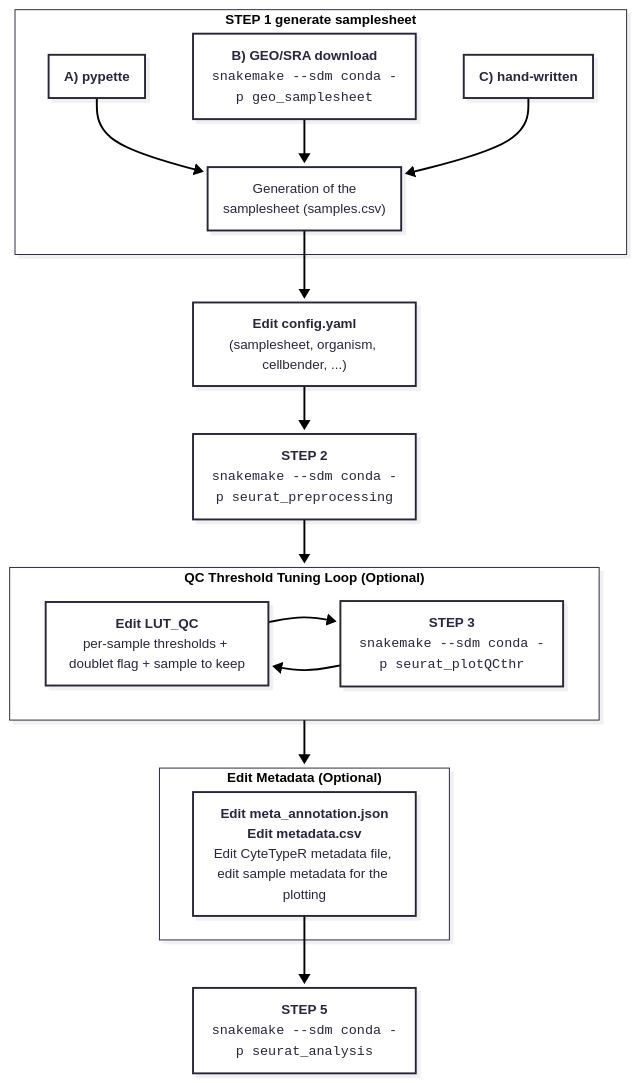
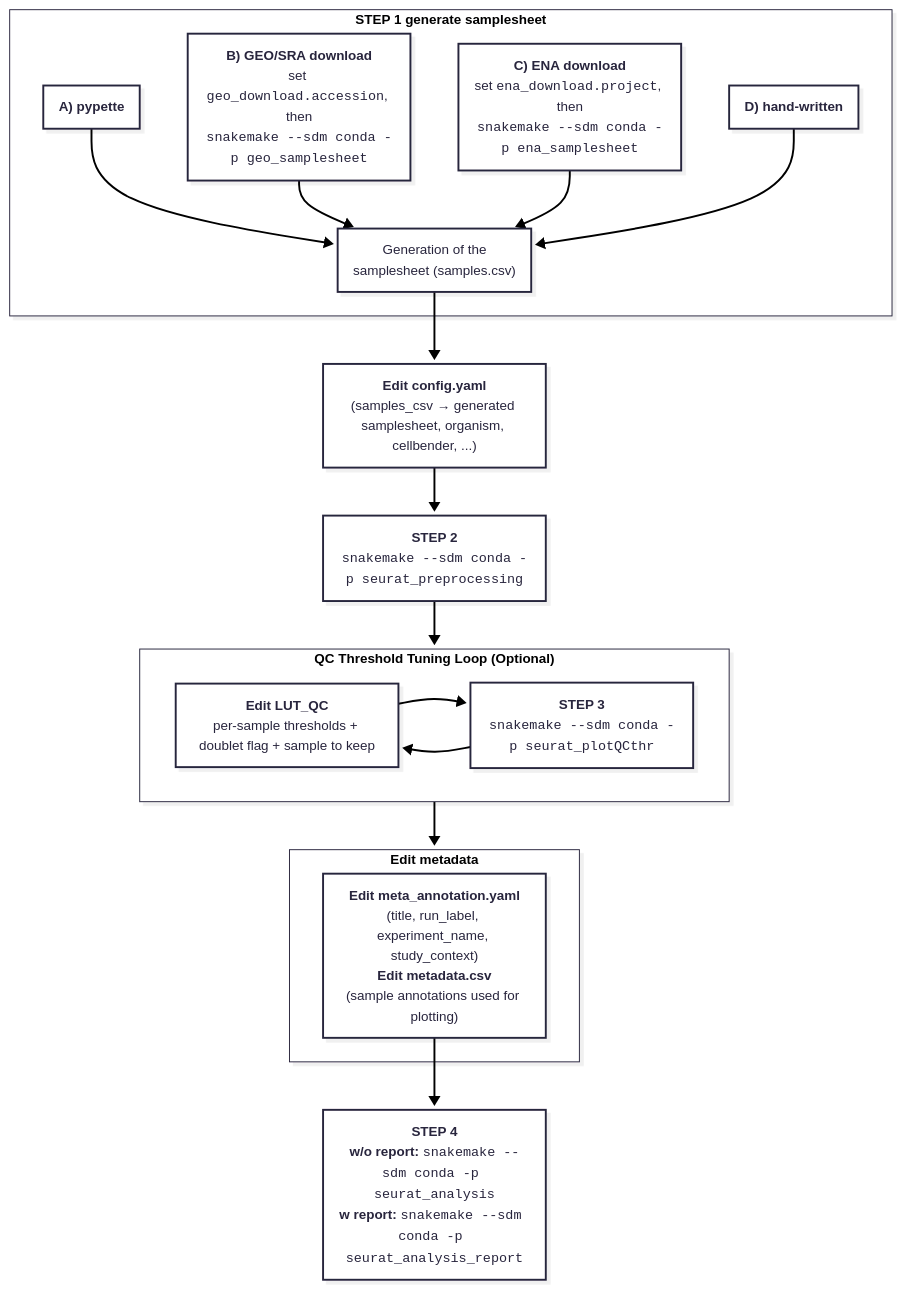
The diagram in sc_pipeline/mermaid_sc_pipeline.mmd (pedriniedoardo/mermaid_plots), drawn with Mermaid before and after one commit.

```diff
--- a/sc_pipeline/mermaid_sc_pipeline.mmd
+++ b/sc_pipeline/mermaid_sc_pipeline.mmd
@@ -1,37 +1,38 @@
 %%{init: {
   "theme": "redux-color",
   "look": "neo",
   "fontFamily": "DejaVu Sans Mono"
 }}%%
 flowchart TD
     subgraph STEP1["<b>STEP 1 generate samplesheet</b>"]
         A["<b>A) pypette</b>"] --> S1
-        Bn["<b>B) GEO/SRA download</b><br/><code>snakemake --sdm conda -p geo_samplesheet</code>"] --> S1
-        Cn["<b>C) hand-written</b>"] --> S1
+        Bn["<b>B) GEO/SRA download</b><br/>set <code>geo_download.accession</code>, then<br/><code>snakemake --sdm conda -p geo_samplesheet</code>"] --> S1
+        En["<b>C) ENA download</b><br/>set <code>ena_download.project</code>, then<br/><code>snakemake --sdm conda -p ena_samplesheet</code>"] --> S1
+        Cn["<b>D) hand-written</b>"] --> S1
 
         S1["Generation of the<br/>samplesheet (samples.csv)"]
     end
 
-    S1 --> S2["<b>Edit config.yaml</b><br/>(samplesheet, organism, cellbender, ...)"]
+    S1 --> S2["<b>Edit config.yaml</b><br/>(samples_csv → generated samplesheet, organism, cellbender, ...)"]
 
     S2 --> S4["<b>STEP 2</b><br/><code>snakemake --sdm conda -p seurat_preprocessing</code>"]
 
     S4 --> QC_Loop
 
     subgraph QC_Loop ["<b>QC Threshold Tuning Loop (Optional)</b>"]
         direction LR
         S3["<b>Edit LUT_QC</b><br/>per-sample thresholds + doublet flag + sample to keep"]
 
         S5["<b>STEP 3</b><br/><code>snakemake --sdm conda -p seurat_plotQCthr</code>"]
 
         S3 --> S5
         S5 --> S3
     end
 
     QC_Loop --> Metadata_Box
 
-    subgraph Metadata_Box ["<b>Edit Metadata (Optional)</b>"]
-        S6["<b>Edit meta_annotation.json</b><br/><b>Edit metadata.csv</b><br/>Edit CyteTypeR metadata file, edit sample metadata for the plotting"]
+    subgraph Metadata_Box ["<b>Edit metadata</b>"]
+        S6["<b>Edit meta_annotation.yaml</b><br/>(title, run_label, experiment_name, study_context)<br/><b>Edit metadata.csv</b><br/>(sample annotations used for plotting)"]
     end
 
-    S6 --> S7["<b>STEP 5</b><br/><code>snakemake --sdm conda -p seurat_analysis</code>"]
+    S6 --> S7["<b>STEP 4</b><br/><b>w/o report:</b> <code>snakemake --sdm conda -p seurat_analysis</code><br/><b>w report:</b> <code>snakemake --sdm conda -p seurat_analysis_report</code>"]
```
